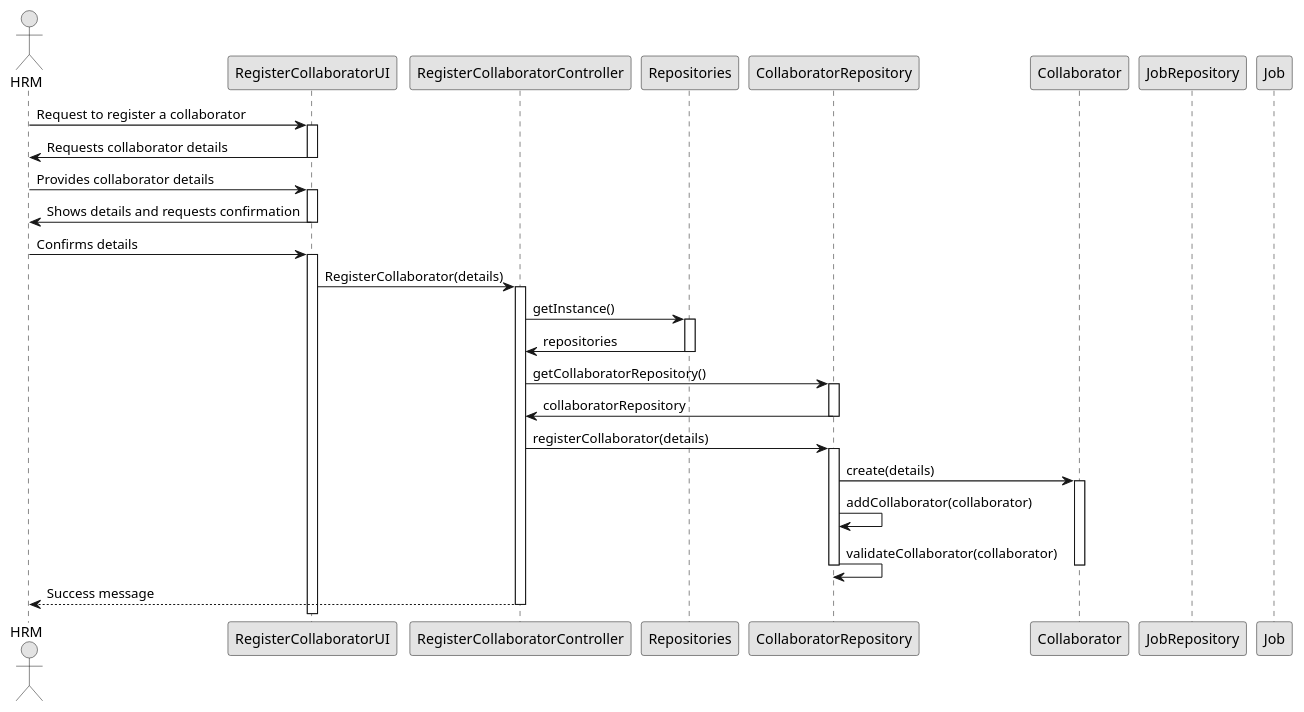
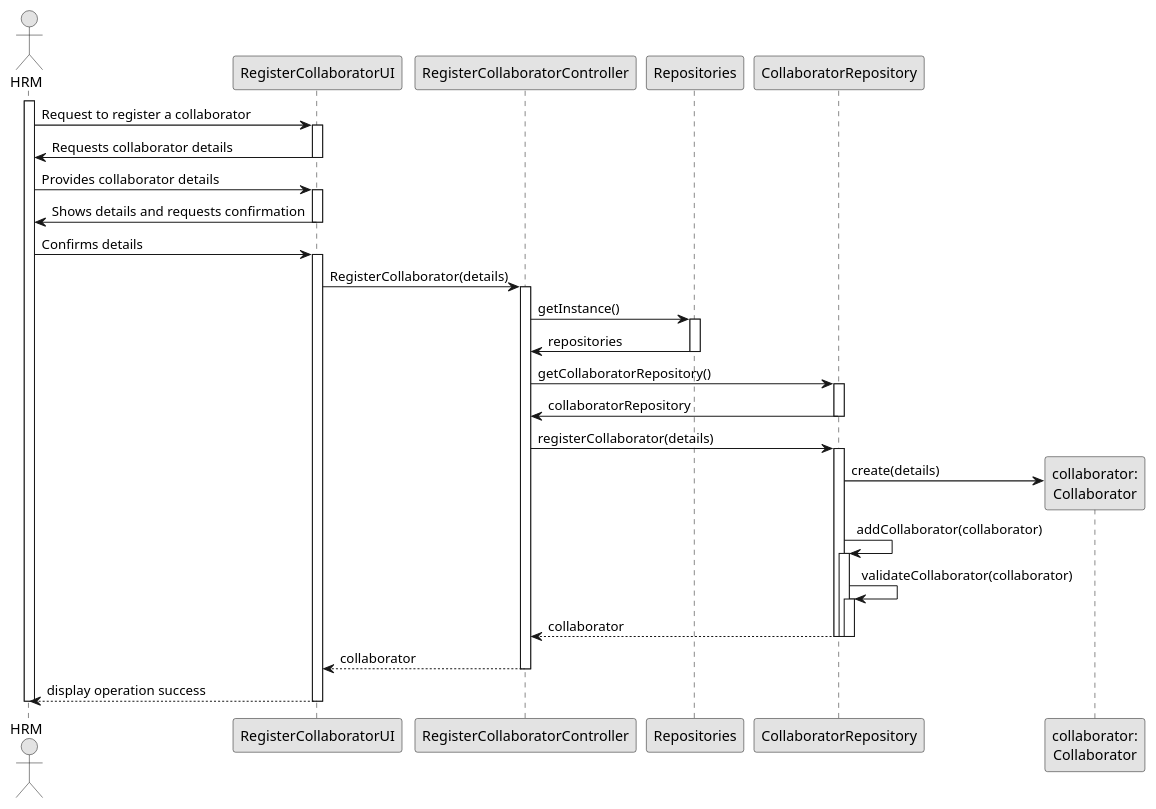
The diagram in docs/sprintB/us003/03.design/puml/us003-sequence-diagram-full.puml (diogoveirospro/lei-24-s2-1dg-g072), drawn with PlantUML before and after one commit. The commit also changed 10 other files, not shown here.

Commit message:
Fixed the full sequence diagram of US03 and solved a small problem in US01 design

```diff
--- a/docs/sprintB/us003/03.design/puml/us003-sequence-diagram-full.puml
+++ b/docs/sprintB/us003/03.design/puml/us003-sequence-diagram-full.puml
@@ -1,45 +1,55 @@
 @startuml
 skinparam monochrome true
 skinparam packageStyle rectangle
 skinparam shadowing false
 
 actor HRM
 participant RegisterCollaboratorUI
 participant RegisterCollaboratorController
 participant Repositories
 participant CollaboratorRepository
-participant Collaborator
-participant JobRepository
-participant Job
+participant "collaborator:\nCollaborator" as collaborator
 
+activate HRM
 HRM -> RegisterCollaboratorUI: Request to register a collaborator
 activate RegisterCollaboratorUI
 RegisterCollaboratorUI -> HRM: Requests collaborator details
 deactivate RegisterCollaboratorUI
 HRM -> RegisterCollaboratorUI: Provides collaborator details
 activate RegisterCollaboratorUI
 RegisterCollaboratorUI -> HRM: Shows details and requests confirmation
 deactivate RegisterCollaboratorUI
 HRM -> RegisterCollaboratorUI: Confirms details
 activate RegisterCollaboratorUI
 RegisterCollaboratorUI -> RegisterCollaboratorController: RegisterCollaborator(details)
 activate RegisterCollaboratorController
 RegisterCollaboratorController -> Repositories: getInstance()
 activate Repositories
 Repositories -> RegisterCollaboratorController: repositories
 deactivate Repositories
 RegisterCollaboratorController -> CollaboratorRepository: getCollaboratorRepository()
 activate CollaboratorRepository
 CollaboratorRepository -> RegisterCollaboratorController: collaboratorRepository
 deactivate CollaboratorRepository
 RegisterCollaboratorController -> CollaboratorRepository: registerCollaborator(details)
 activate CollaboratorRepository
-CollaboratorRepository -> Collaborator: create(details)
-activate Collaborator
+CollaboratorRepository -> collaborator**: create(details)
 CollaboratorRepository -> CollaboratorRepository: addCollaborator(collaborator)
+
+activate CollaboratorRepository
 CollaboratorRepository -> CollaboratorRepository: validateCollaborator(collaborator)
-deactivate Collaborator
+
+activate CollaboratorRepository
+
+
+
+CollaboratorRepository --> RegisterCollaboratorController: collaborator
 deactivate CollaboratorRepository
-RegisterCollaboratorController --> HRM: Success message
+deactivate CollaboratorRepository
+deactivate CollaboratorRepository
+RegisterCollaboratorController --> RegisterCollaboratorUI: collaborator
 deactivate RegisterCollaboratorController
+RegisterCollaboratorUI --> HRM: display operation success
+deactivate RegisterCollaboratorUI
+deactivate HRM
 @enduml
```
